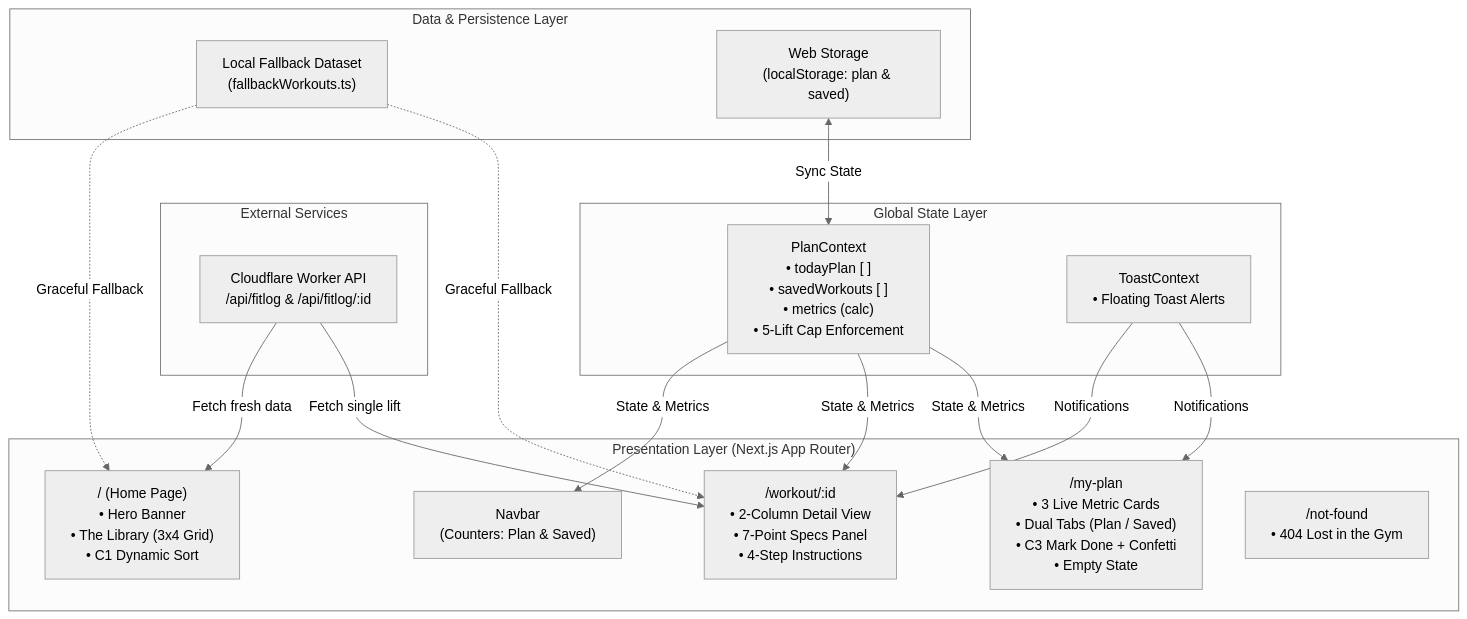
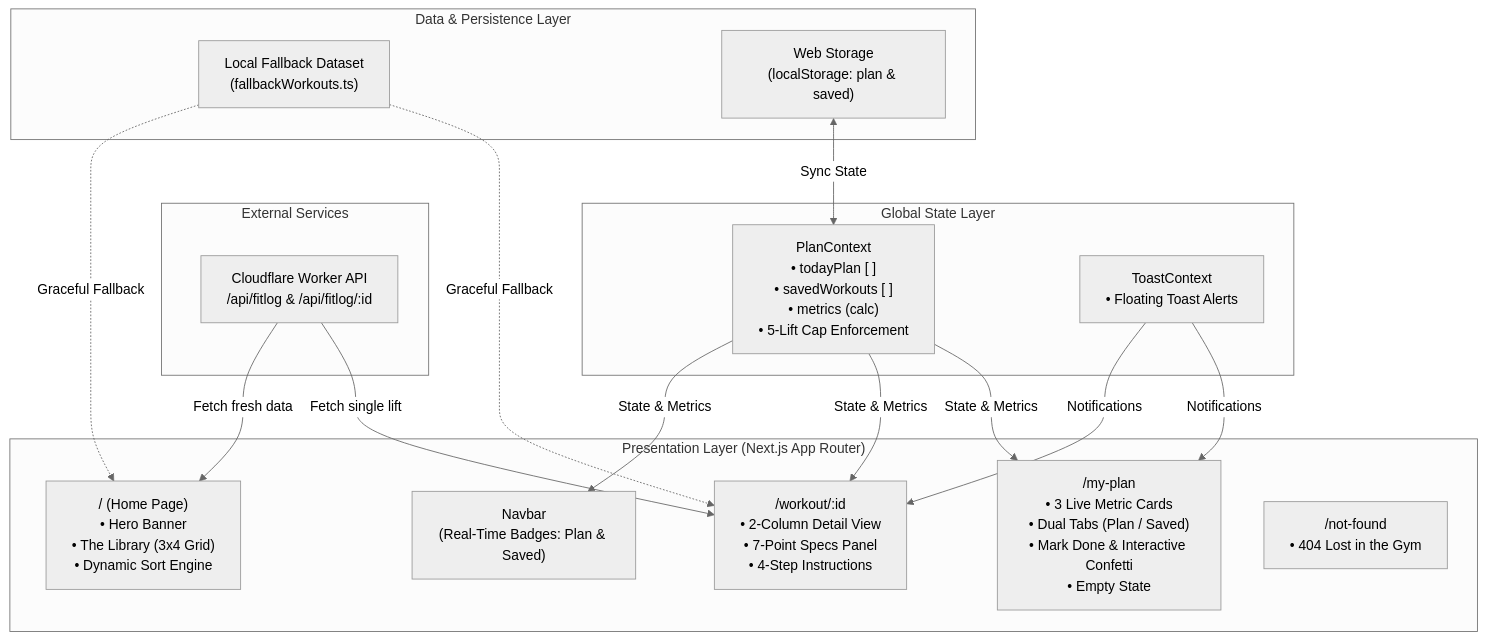
Before and after one commit to mahfuzhasan2700/Assignment-6: the diagram in README.md, drawn with Mermaid (neutral theme). The commit also changed other lines of this file, not shown here.

````diff
--- a/README.md
+++ b/README.md
@@ -136,35 +126,35 @@
 ```mermaid
 flowchart TD
     subgraph Remote["External Services"]
         API["Cloudflare Worker API<br/>/api/fitlog & /api/fitlog/:id"]
     end
 
     subgraph DataLayer["Data & Persistence Layer"]
         Fallback["Local Fallback Dataset<br/>(fallbackWorkouts.ts)"]
         LocalStorage["Web Storage<br/>(localStorage: plan & saved)"]
     end
 
     subgraph StateManagement["Global State Layer"]
         PlanCtx["PlanContext<br/>• todayPlan [ ]<br/>• savedWorkouts [ ]<br/>• metrics (calc)<br/>• 5-Lift Cap Enforcement"]
         ToastCtx["ToastContext<br/>• Floating Toast Alerts"]
     end
 
     subgraph UIComponents["Presentation Layer (Next.js App Router)"]
-        Nav["Navbar<br/>(Counters: Plan & Saved)"]
-        Home["/ (Home Page)<br/>• Hero Banner<br/>• The Library (3x4 Grid)<br/>• C1 Dynamic Sort"]
+        Nav["Navbar<br/>(Real-Time Badges: Plan & Saved)"]
+        Home["/ (Home Page)<br/>• Hero Banner<br/>• The Library (3x4 Grid)<br/>• Dynamic Sort Engine"]
         Detail["/workout/:id<br/>• 2-Column Detail View<br/>• 7-Point Specs Panel<br/>• 4-Step Instructions"]
-        MyPlan["/my-plan<br/>• 3 Live Metric Cards<br/>• Dual Tabs (Plan / Saved)<br/>• C3 Mark Done + Confetti<br/>• Empty State"]
+        MyPlan["/my-plan<br/>• 3 Live Metric Cards<br/>• Dual Tabs (Plan / Saved)<br/>• Mark Done & Interactive Confetti<br/>• Empty State"]
         NotFound["/not-found<br/>• 404 Lost in the Gym"]
     end
 
     API -->|Fetch fresh data| Home
     API -->|Fetch single lift| Detail
     Fallback -.->|Graceful Fallback| Home
     Fallback -.->|Graceful Fallback| Detail
     LocalStorage <-->|Sync State| PlanCtx
     PlanCtx -->|State & Metrics| Nav
     PlanCtx -->|State & Metrics| Detail
     PlanCtx -->|State & Metrics| MyPlan
     ToastCtx -->|Notifications| Detail
     ToastCtx -->|Notifications| MyPlan
 ```
````
